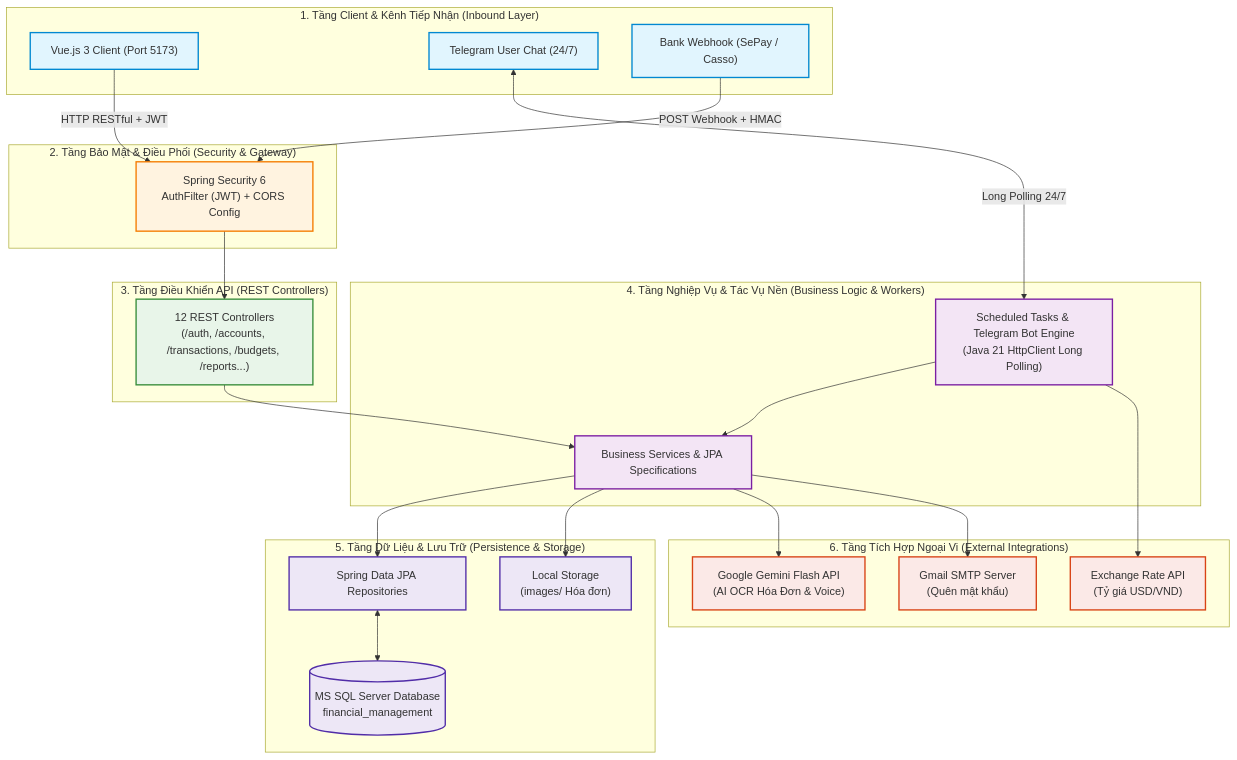
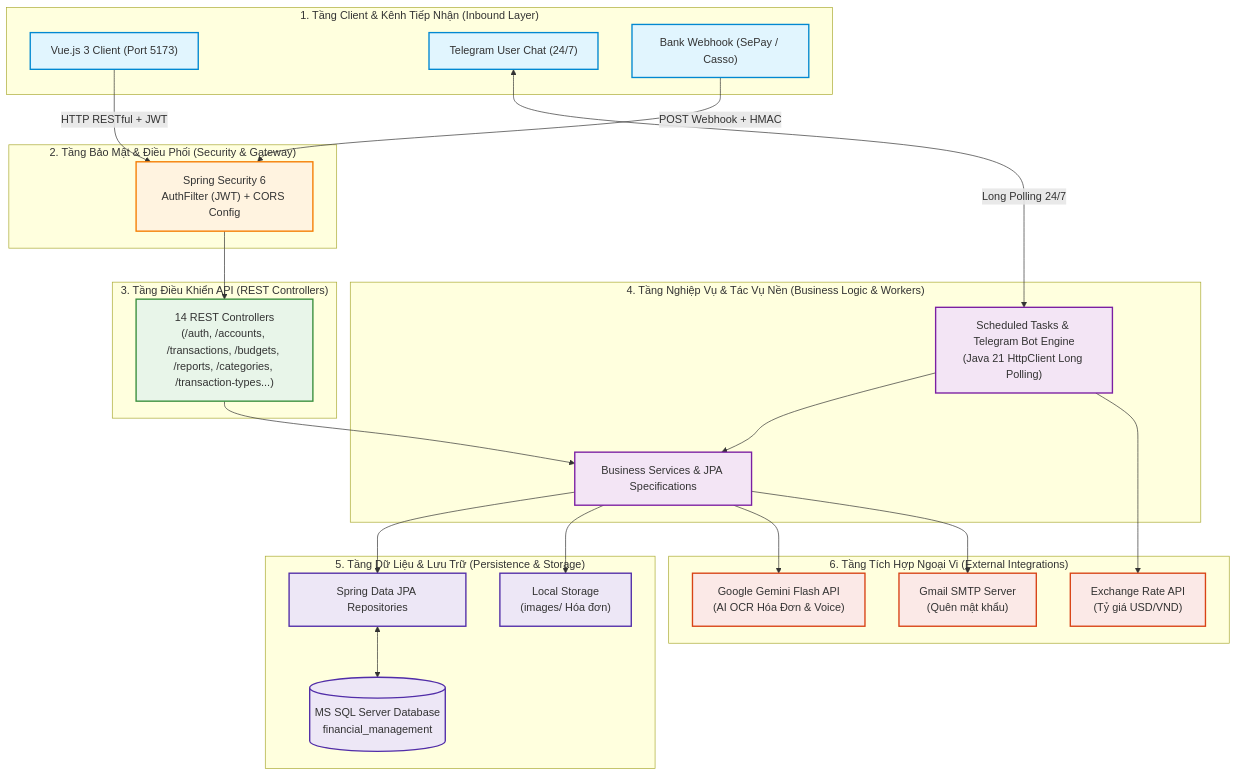
Before and after one commit to silly-man12/financial_management: the first of 2 diagrams in project_road_map.md, drawn with Mermaid. The commit also changed other lines of this file and 26 other files, not shown here.

````diff
--- a/project_road_map.md
+++ b/project_road_map.md
@@ -17,56 +17,56 @@
 ```mermaid
 flowchart TD
     classDef client fill:#e1f5fe,stroke:#0288d1,stroke-width:2px;
     classDef security fill:#fff3e0,stroke:#f57c00,stroke-width:2px;
     classDef controller fill:#e8f5e9,stroke:#388e3c,stroke-width:2px;
     classDef service fill:#f3e5f5,stroke:#7b1fa2,stroke-width:2px;
     classDef data fill:#ede7f6,stroke:#512da8,stroke-width:2px;
     classDef external fill:#fbe9e7,stroke:#d84315,stroke-width:2px;
 
     subgraph L1["1. Tầng Client & Kênh Tiếp Nhận (Inbound Layer)"]
         VueClient["Vue.js 3 Client (Port 5173)"]:::client
         TeleApp["Telegram User Chat (24/7)"]:::client
         BankGate["Bank Webhook (SePay / Casso)"]:::client
     end
 
     subgraph L2["2. Tầng Bảo Mật & Điều Phối (Security & Gateway)"]
         SecFilter["Spring Security 6<br/>AuthFilter (JWT) + CORS Config"]:::security
     end
 
     subgraph L3["3. Tầng Điều Khiển API (REST Controllers)"]
-        ApiControllers["12 REST Controllers<br/>(/auth, /accounts, /transactions, /budgets, /reports...)"]:::controller
+        ApiControllers["14 REST Controllers<br/>(/auth, /accounts, /transactions, /budgets, /reports, /categories, /transaction-types...)"]:::controller
     end
 
     subgraph L4["4. Tầng Nghiệp Vụ & Tác Vụ Nền (Business Logic & Workers)"]
         Services["Business Services & JPA Specifications"]:::service
         Schedulers["Scheduled Tasks & Telegram Bot Engine<br/>(Java 21 HttpClient Long Polling)"]:::service
     end
 
     subgraph L5["5. Tầng Dữ Liệu & Lưu Trữ (Persistence & Storage)"]
         Repositories["Spring Data JPA Repositories"]:::data
         Database[("MS SQL Server Database<br/>financial_management")]:::data
         FileStorage["Local Storage<br/>(images/ Hóa đơn)"]:::data
     end
 
     subgraph L6["6. Tầng Tích Hợp Ngoại Vi (External Integrations)"]
         GeminiAI["Google Gemini Flash API<br/>(AI OCR Hóa Đơn & Voice)"]:::external
         GmailSMTP["Gmail SMTP Server<br/>(Quên mật khẩu)"]:::external
         ExchangeRate["Exchange Rate API<br/>(Tỷ giá USD/VND)"]:::external
     end
 
     VueClient -->|HTTP RESTful + JWT| SecFilter
     BankGate -->|POST Webhook + HMAC| SecFilter
     SecFilter --> ApiControllers
     TeleApp <-->|Long Polling 24/7| Schedulers
 
     ApiControllers --> Services
     Schedulers --> Services
 
     Services --> Repositories
     Services --> FileStorage
     Services --> GeminiAI
     Services --> GmailSMTP
     Schedulers --> ExchangeRate
 
     Repositories <--> Database
 ```
````
